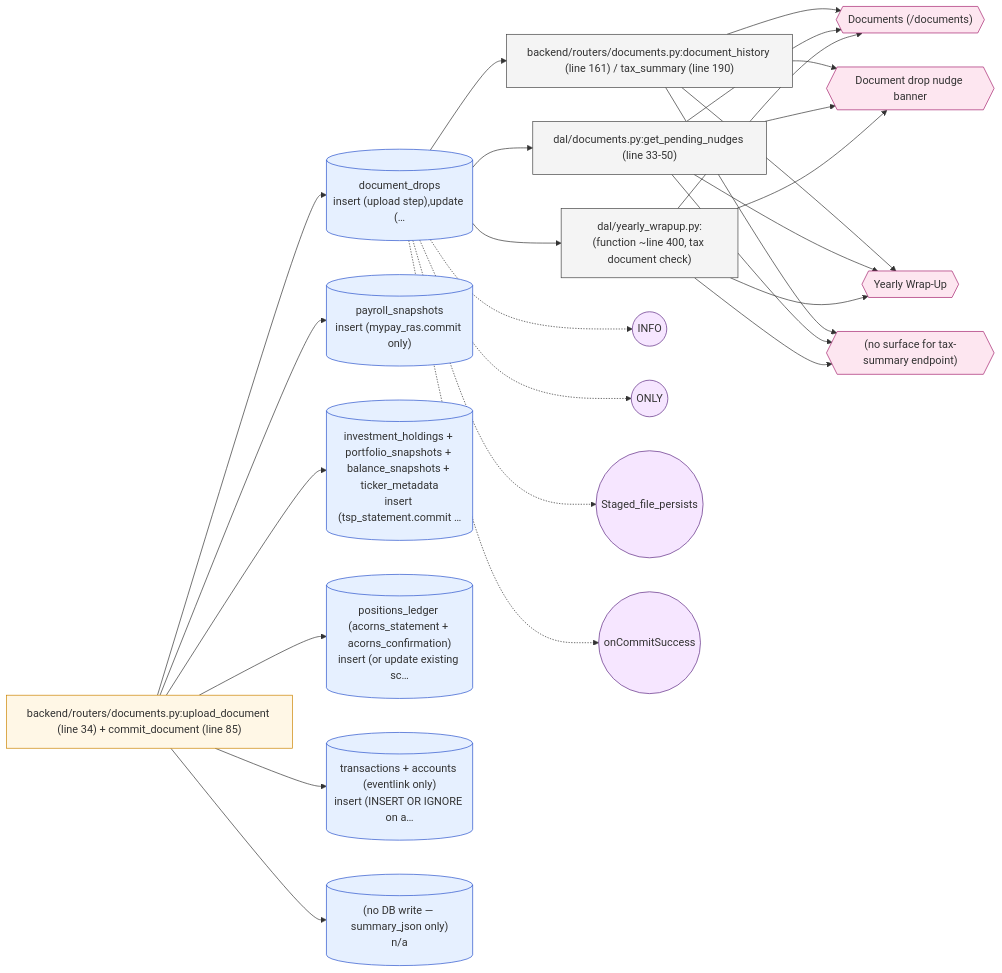
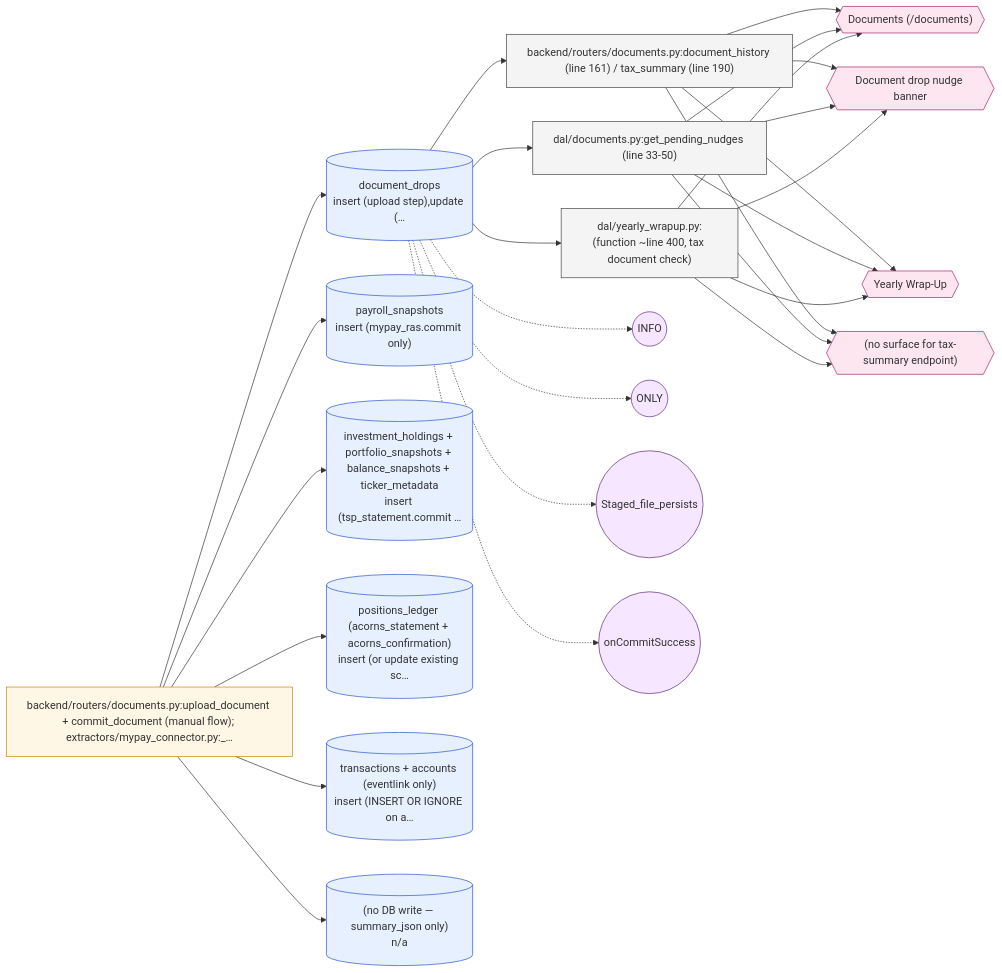
The diagram in docs/data-lineage/diagrams/document_upload_commit.mmd (wileyqe/Sentry-Finance), drawn with Mermaid before and after one commit. The commit also changed 15 other files, not shown here.

```diff
--- a/docs/data-lineage/diagrams/document_upload_commit.mmd
+++ b/docs/data-lineage/diagrams/document_upload_commit.mmd
@@ -1,59 +1,59 @@
 %% Auto-generated by build_diagrams.py — do not edit by hand.
 %% Event: document_upload_commit (class: live_only)
 %% Document upload commit (statement / 1099 parse)
 graph LR
-  origin["backend/routers/documents.py:upload_document (line 34) + commit_document (line 85)"]
+  origin["backend/routers/documents.py:upload_document + commit_document (manual flow); extractors/mypay_connector.py:_…"]
   tbl_document_drops[("document_drops<br/>insert (upload step),update (…")]
   origin --> tbl_document_drops
   tbl_payroll_snapshots[("payroll_snapshots<br/>insert (mypay_ras.commit only)")]
   origin --> tbl_payroll_snapshots
   tbl_investment_holdings_portfolio_snapshots_balance_snapshot[("investment_holdings + portfolio_snapshots + balance_snapshots + ticker_metadata<br/>insert (tsp_statement.commit …")]
   origin --> tbl_investment_holdings_portfolio_snapshots_balance_snapshot
   tbl_positions_ledger_acorns_statement_acorns_confirmation[("positions_ledger (acorns_statement + acorns_confirmation)<br/>insert (or update existing sc…")]
   origin --> tbl_positions_ledger_acorns_statement_acorns_confirmation
   tbl_transactions_accounts_eventlink_only[("transactions + accounts (eventlink only)<br/>insert (INSERT OR IGNORE on a…")]
   origin --> tbl_transactions_accounts_eventlink_only
   tbl_no_DB_write_summary_json_only[("(no DB write — summary_json only)<br/>n/a")]
   origin --> tbl_no_DB_write_summary_json_only
   dc0_document_history_line_161_tax_summary_line_190["backend/routers/documents.py:document_history (line 161) / tax_summary (line 190)"]
   dc1_get_pending_nudges_line_33_50["dal/documents.py:get_pending_nudges (line 33-50)"]
   dc2_function_line_400_tax_document_check["dal/yearly_wrapup.py:(function ~line 400, tax document check)"]
   tbl_document_drops --> dc0_document_history_line_161_tax_summary_line_190
   tbl_document_drops --> dc1_get_pending_nudges_line_33_50
   tbl_document_drops --> dc2_function_line_400_tax_document_check
   ui0_Documents_documents{{"Documents (/documents)"}}
   ui1_Document_drop_nudge_banner{{"Document drop nudge banner"}}
   ui2_Yearly_Wrap_Up{{"Yearly Wrap-Up"}}
   ui3_no_surface_for_tax_summary_endpoint{{"(no surface for tax-summary endpoint)"}}
   dc0_document_history_line_161_tax_summary_line_190 --> ui0_Documents_documents
   dc1_get_pending_nudges_line_33_50 --> ui0_Documents_documents
   dc2_function_line_400_tax_document_check --> ui0_Documents_documents
   dc0_document_history_line_161_tax_summary_line_190 --> ui1_Document_drop_nudge_banner
   dc1_get_pending_nudges_line_33_50 --> ui1_Document_drop_nudge_banner
   dc2_function_line_400_tax_document_check --> ui1_Document_drop_nudge_banner
   dc0_document_history_line_161_tax_summary_line_190 --> ui2_Yearly_Wrap_Up
   dc1_get_pending_nudges_line_33_50 --> ui2_Yearly_Wrap_Up
   dc2_function_line_400_tax_document_check --> ui2_Yearly_Wrap_Up
   dc0_document_history_line_161_tax_summary_line_190 --> ui3_no_surface_for_tax_summary_endpoint
   dc1_get_pending_nudges_line_33_50 --> ui3_no_surface_for_tax_summary_endpoint
   dc2_function_line_400_tax_document_check --> ui3_no_surface_for_tax_summary_endpoint
   ex0_INFO(("INFO"))
   tbl_document_drops -.-> ex0_INFO
   ex1_ONLY(("ONLY"))
   tbl_document_drops -.-> ex1_ONLY
   ex2_Staged_file_persists(("Staged_file_persists"))
   tbl_document_drops -.-> ex2_Staged_file_persists
   ex3_onCommitSuccess(("onCommitSuccess"))
   tbl_document_drops -.-> ex3_onCommitSuccess
 
   classDef origin fill:#fff7e6,stroke:#cc8400,stroke-width:1px;
   classDef table fill:#e6f0ff,stroke:#2952cc,stroke-width:1px;
   classDef consumer fill:#f4f4f4,stroke:#444,stroke-width:1px;
   classDef derivation fill:#eef9e6,stroke:#3d7a1f,stroke-width:1px;
   classDef ui fill:#fde6f0,stroke:#a5226f,stroke-width:1px;
   classDef effect fill:#f6e6ff,stroke:#5e2a82,stroke-width:1px;
   class origin origin;
   class tbl_document_drops,tbl_payroll_snapshots,tbl_investment_holdings_portfolio_snapshots_balance_snapshot,tbl_positions_ledger_acorns_statement_acorns_confirmation,tbl_transactions_accounts_eventlink_only,tbl_no_DB_write_summary_json_only table;
   class dc0_document_history_line_161_tax_summary_line_190,dc1_get_pending_nudges_line_33_50,dc2_function_line_400_tax_document_check consumer;
   class ui0_Documents_documents,ui1_Document_drop_nudge_banner,ui2_Yearly_Wrap_Up,ui3_no_surface_for_tax_summary_endpoint ui;
   class ex0_INFO,ex1_ONLY,ex2_Staged_file_persists,ex3_onCommitSuccess effect;
```
